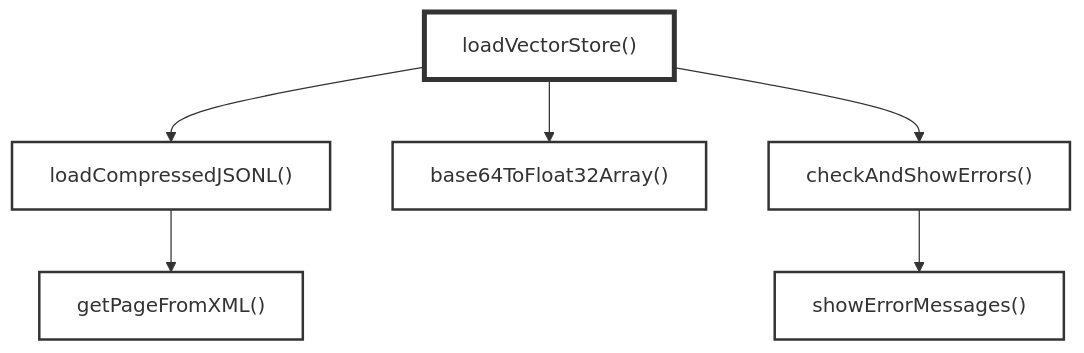
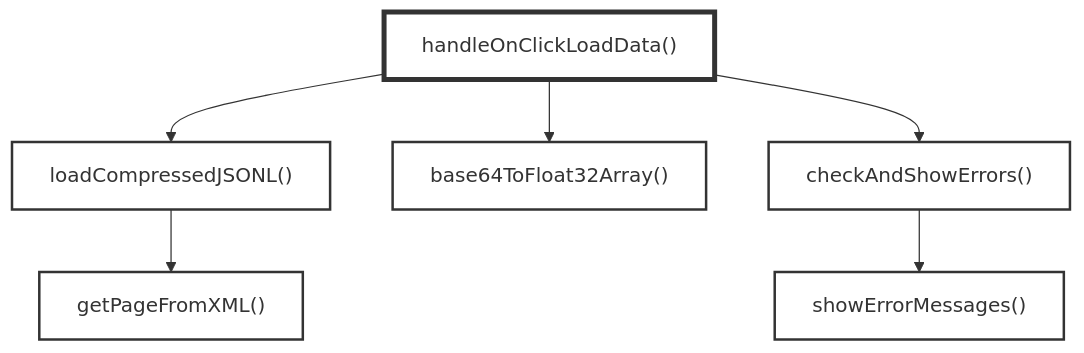
The second of 3 diagrams in lib/js/README.md (koteitan/googolbook-lm), drawn with Mermaid before and after one commit. The commit also changed other lines of this file and 1 other file, not shown here.

````diff
--- a/lib/js/README.md
+++ b/lib/js/README.md
@@ -160,19 +160,19 @@
 ```mermaid
 graph TD
-    loadVectorStore["loadVectorStore()"]
+    handleOnClickLoadData["handleOnClickLoadData()"]
     
-    loadVectorStore --> loadCompressedJSONL["loadCompressedJSONL()"]
-    loadVectorStore --> base64ToFloat32Array["base64ToFloat32Array()"]
-    loadVectorStore --> checkAndShowErrors["checkAndShowErrors()"]
+    handleOnClickLoadData --> loadCompressedJSONL["loadCompressedJSONL()"]
+    handleOnClickLoadData --> base64ToFloat32Array["base64ToFloat32Array()"]
+    handleOnClickLoadData --> checkAndShowErrors["checkAndShowErrors()"]
     
     loadCompressedJSONL --> getPageFromXML["getPageFromXML()"]
     checkAndShowErrors --> showErrorMessages["showErrorMessages()"]
     
     classDef entry fill:none,stroke:#333,stroke-width:4px
     classDef ui fill:none,stroke:#333,stroke-width:2px
     classDef data fill:none,stroke:#333,stroke-width:2px
     
-    class loadVectorStore entry
+    class handleOnClickLoadData entry
     class showErrorMessages ui
     class loadCompressedJSONL,base64ToFloat32Array,getPageFromXML,checkAndShowErrors data
 ```
````
